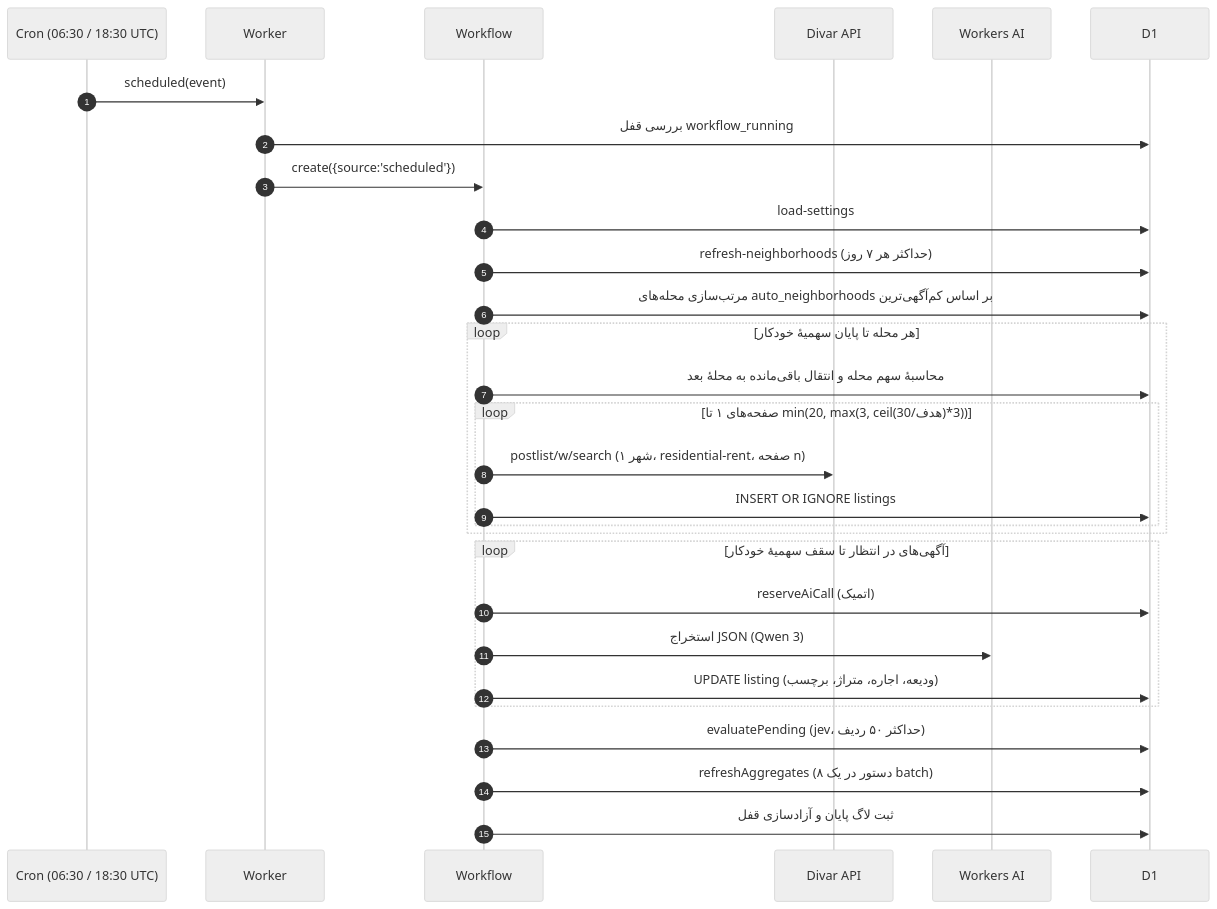
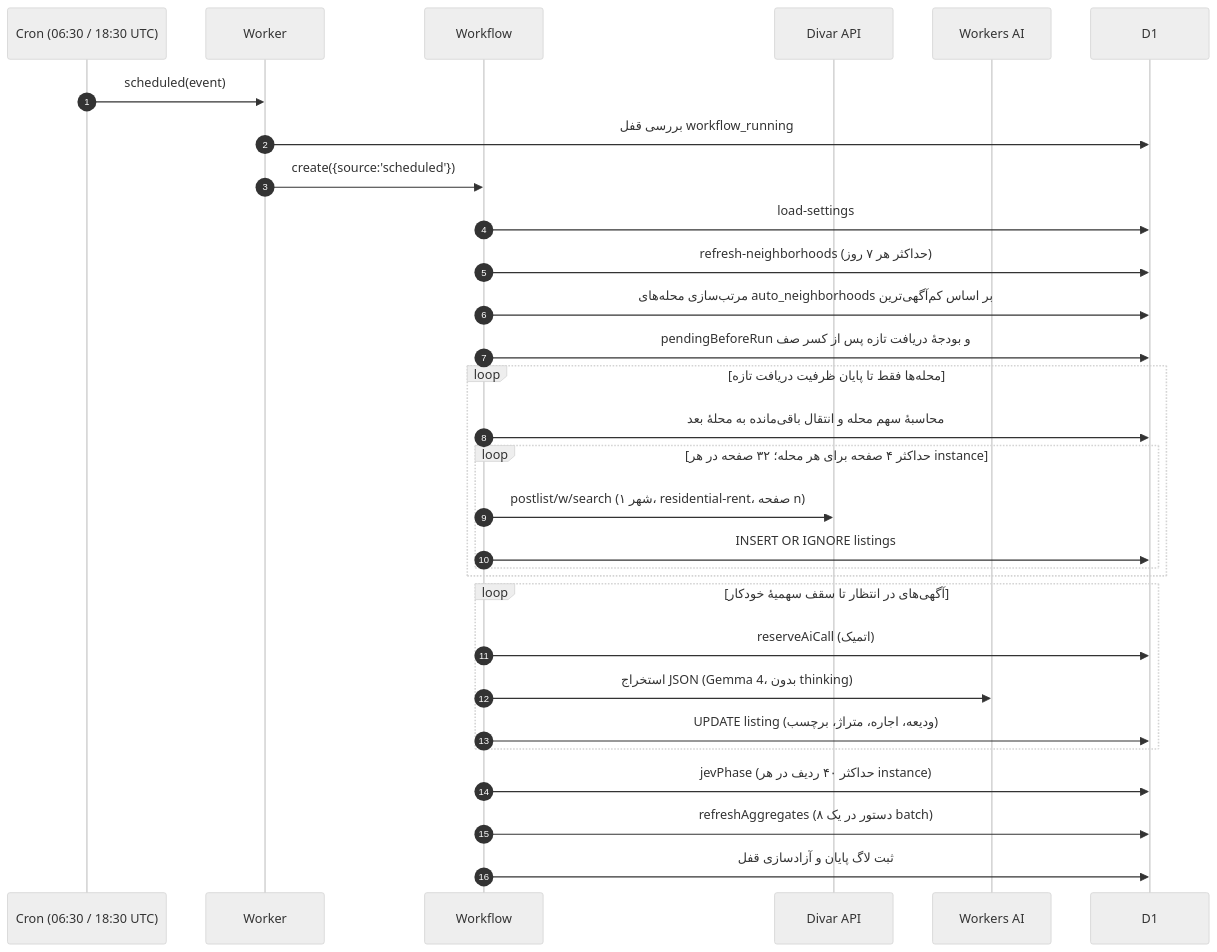
The second of 5 diagrams in README.md (f4r6d/divar-housing-finder), drawn with Mermaid (neutral theme) before and after one commit. The commit also changed other lines of this file and 3 other files, not shown here.

````diff
--- a/README.md
+++ b/README.md
@@ -372,32 +387,33 @@
 ```mermaid
 sequenceDiagram
     autonumber
     participant C as Cron (06:30 / 18:30 UTC)
     participant W as Worker
     participant WF as Workflow
     participant D as Divar API
     participant AI as Workers AI
     participant DB as D1
 
     C->>W: scheduled(event)
     W->>DB: بررسی قفل workflow_running
     W->>WF: create({source:'scheduled'})
     WF->>DB: load-settings
     WF->>DB: refresh-neighborhoods (حداکثر هر ۷ روز)
     WF->>DB: مرتب‌سازی محله‌های auto_neighborhoods بر اساس کم‌آگهی‌ترین
-    loop هر محله تا پایان سهمیهٔ خودکار
+    WF->>DB: pendingBeforeRun و بودجهٔ دریافت تازه پس از کسر صف
+    loop محله‌ها فقط تا پایان ظرفیت دریافت تازه
         WF->>DB: محاسبهٔ سهم محله و انتقال باقی‌مانده به محلهٔ بعد
-        loop صفحه‌های ۱ تا min(20, max(3, ceil(هدف/30)*3))
+        loop حداکثر ۴ صفحه برای هر محله؛ ۳۲ صفحه در هر instance
             WF->>D: postlist/w/search (شهر ۱، residential-rent، صفحه n)
             WF->>DB: INSERT OR IGNORE listings
         end
     end
     loop آگهی‌های در انتظار تا سقف سهمیهٔ خودکار
         WF->>DB: reserveAiCall (اتمیک)
-        WF->>AI: استخراج JSON (Qwen 3)
+        WF->>AI: استخراج JSON (Gemma 4، بدون thinking)
         WF->>DB: UPDATE listing (ودیعه، اجاره، متراژ، برچسب)
     end
-    WF->>DB: evaluatePending (jev، حداکثر ۵۰ ردیف)
+    WF->>DB: jevPhase (حداکثر ۴۰ ردیف در هر instance)
     WF->>DB: refreshAggregates (۸ دستور در یک batch)
     WF->>DB: ثبت لاگ پایان و آزادسازی قفل
 ```
````
